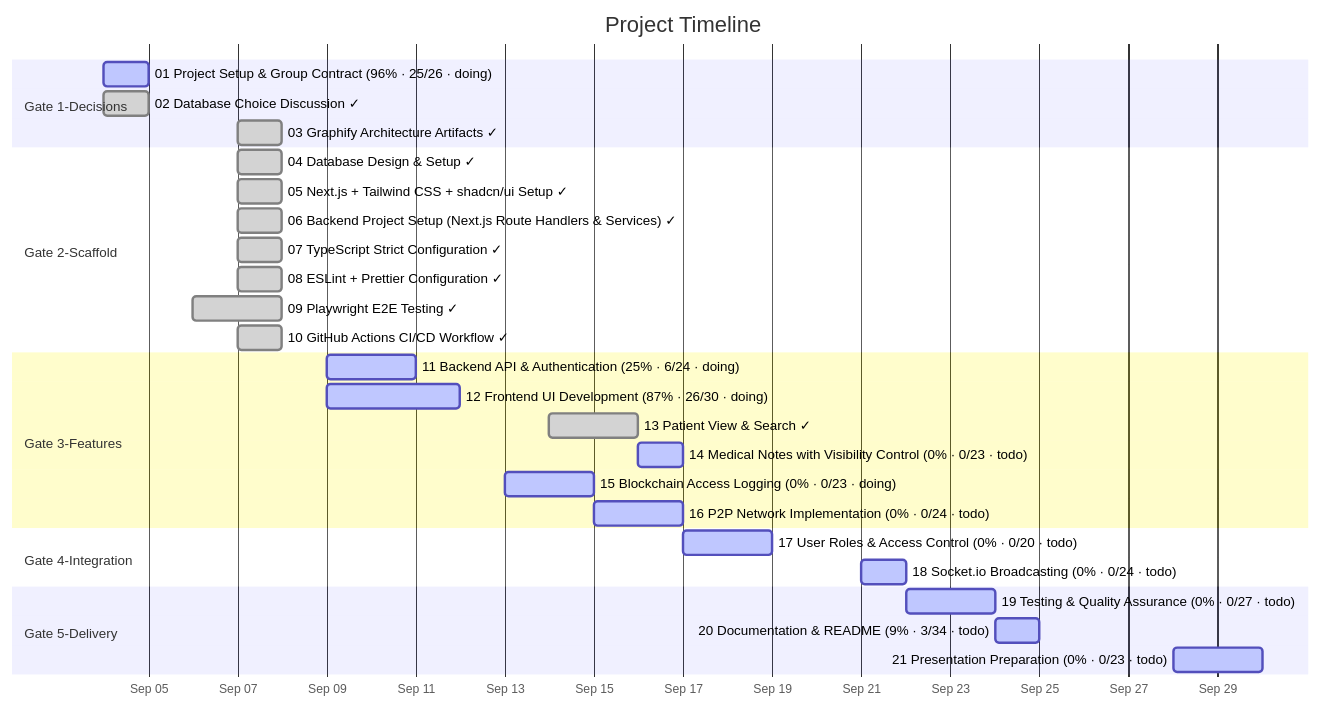
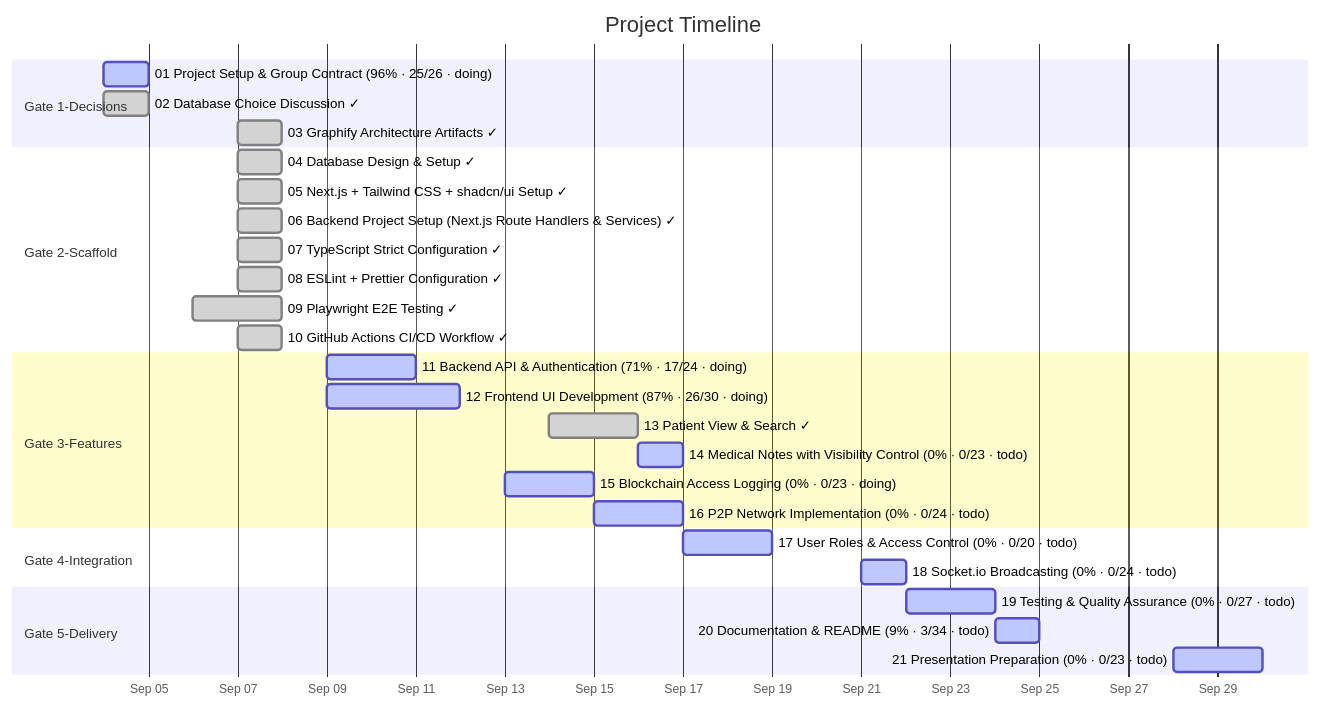
The diagram in docs/diagrams/task-gantt.md (matdevstamp/inl-3-awesome-journal), drawn with Mermaid before and after one commit. The commit also changed 2 other files, not shown here.

Commit message:
docs: update task 11 checkboxes and regenerate diagrams

````diff
--- a/docs/diagrams/task-gantt.md
+++ b/docs/diagrams/task-gantt.md
@@ -25,33 +25,33 @@
 ```mermaid
 gantt
     title Project Timeline
     dateFormat  YYYY-MM-DD
     axisFormat  %b %d
 
     section Gate 1-Decisions
     01 Project Setup & Group Contract (96% · 25/26 · doing) : active, 2026-09-04, 1d
     02 Database Choice Discussion ✓ : done, 2026-09-04, 1d
     03 Graphify Architecture Artifacts ✓ : done, 2026-09-07, 1d
     section Gate 2-Scaffold
     04 Database Design & Setup ✓ : done, 2026-09-07, 1d
     05 Next.js + Tailwind CSS + shadcn/ui Setup ✓ : done, 2026-09-07, 1d
     06 Backend Project Setup (Next.js Route Handlers & Services) ✓ : done, 2026-09-07, 1d
     07 TypeScript Strict Configuration ✓ : done, 2026-09-07, 1d
     08 ESLint + Prettier Configuration ✓ : done, 2026-09-07, 1d
     09 Playwright E2E Testing ✓ : done, 2026-09-06, 2d
     10 GitHub Actions CI/CD Workflow ✓ : done, 2026-09-07, 1d
     section Gate 3-Features
-    11 Backend API & Authentication (25% · 6/24 · doing) : active, 2026-09-09, 2d
+    11 Backend API & Authentication (71% · 17/24 · doing) : active, 2026-09-09, 2d
     12 Frontend UI Development (87% · 26/30 · doing) : active, 2026-09-09, 3d
     13 Patient View & Search ✓ : done, 2026-09-14, 2d
     14 Medical Notes with Visibility Control (0% · 0/23 · todo) : active, 2026-09-16, 1d
     15 Blockchain Access Logging (0% · 0/23 · doing) : active, 2026-09-13, 2d
     16 P2P Network Implementation (0% · 0/24 · todo) : active, 2026-09-15, 2d
     section Gate 4-Integration
     17 User Roles & Access Control (0% · 0/20 · todo) : active, 2026-09-17, 2d
     18 Socket.io Broadcasting (0% · 0/24 · todo) : active, 2026-09-21, 1d
     section Gate 5-Delivery
     19 Testing & Quality Assurance (0% · 0/27 · todo) : active, 2026-09-22, 2d
     20 Documentation & README (9% · 3/34 · todo) : active, 2026-09-24, 1d
     21 Presentation Preparation (0% · 0/23 · todo) : active, 2026-09-28, 2d
 ```
````
